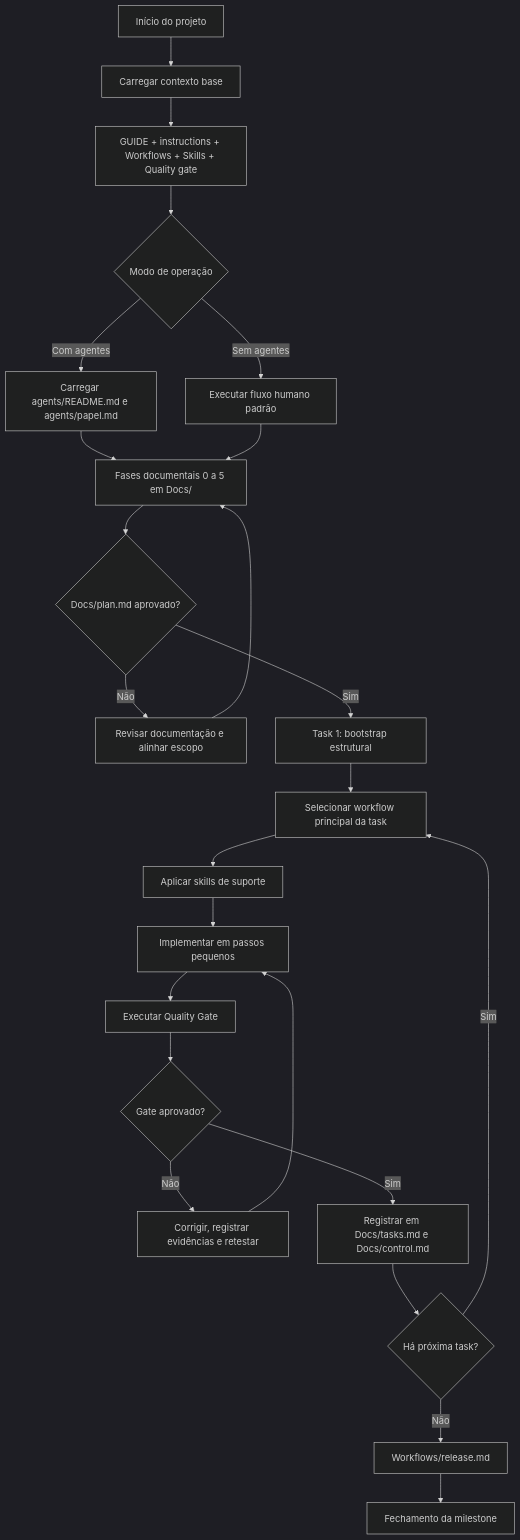
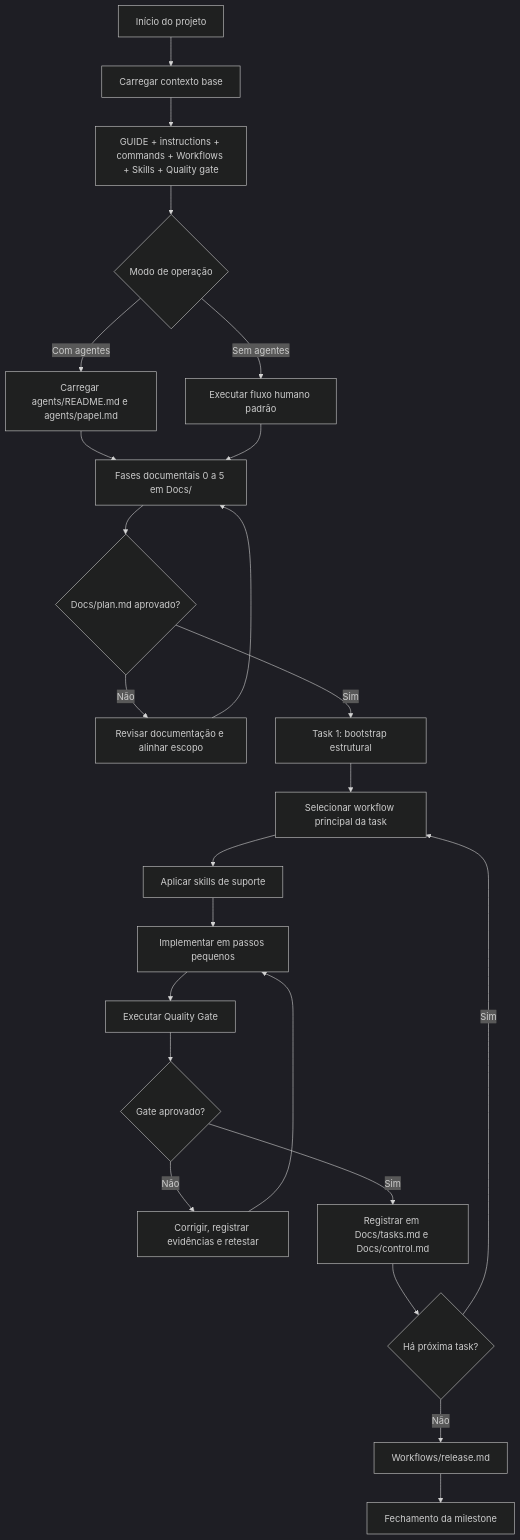
One commit to MolinariBR/NebulaSpecKit changed the diagram in GUIDE.md. Above: the diagram before and after it, drawn with Mermaid (dark theme). The commit also changed other lines of this file and 5 other files, not shown here.

````diff
--- a/GUIDE.md
+++ b/GUIDE.md
@@ -23,26 +23,26 @@
 ```mermaid
 flowchart TD
   A[Início do projeto] --> B[Carregar contexto base]
-  B --> C[GUIDE + instructions + Workflows + Skills + Quality gate]
+  B --> C[GUIDE + instructions + commands + Workflows + Skills + Quality gate]
   C --> D{Modo de operação}
   D -->|Com agentes| E[Carregar agents/README.md e agents/papel.md]
   D -->|Sem agentes| F[Executar fluxo humano padrão]
   E --> G[Fases documentais 0 a 5 em Docs/]
   F --> G
   G --> H{Docs/plan.md aprovado?}
   H -->|Não| I[Revisar documentação e alinhar escopo]
   I --> G
   H -->|Sim| J[Task 1: bootstrap estrutural]
   J --> K[Selecionar workflow principal da task]
   K --> L[Aplicar skills de suporte]
   L --> M[Implementar em passos pequenos]
   M --> N[Executar Quality Gate]
   N --> O{Gate aprovado?}
   O -->|Não| P[Corrigir, registrar evidências e retestar]
   P --> M
   O -->|Sim| Q[Registrar em Docs/tasks.md e Docs/control.md]
   Q --> R{Há próxima task?}
   R -->|Sim| K
   R -->|Não| S[Workflows/release.md]
   S --> T[Fechamento da milestone]
 ```
````
